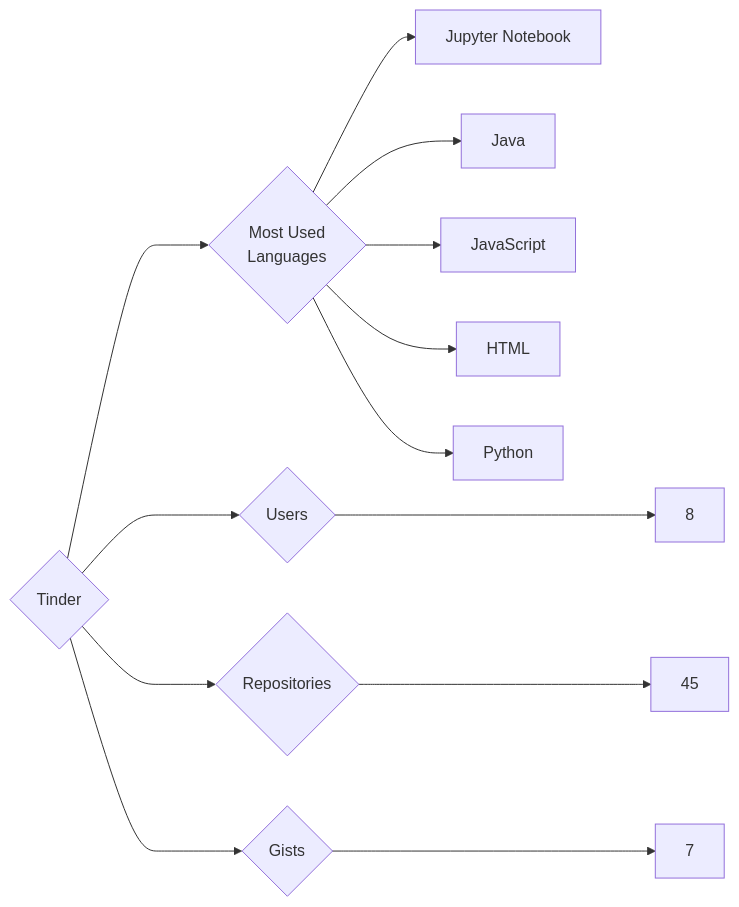
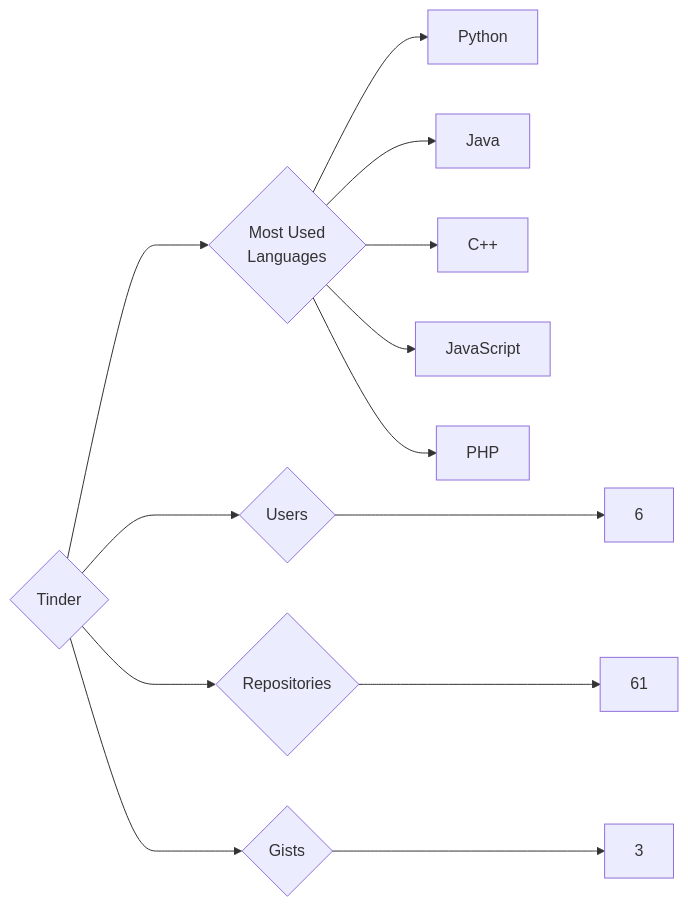
One commit to trickest/insiders changed the diagram in targets/Tinder/README.md. Above: the diagram before and after it, drawn with Mermaid. The commit also changed 1508 other files, not shown here.

````diff
--- a/targets/Tinder/README.md
+++ b/targets/Tinder/README.md
@@ -3,13 +3,13 @@
 ```mermaid
 graph LR
 COMPANY_NAME{Tinder}
-COMPANY_NAME ---> U{Users} ---> UN[8]
-COMPANY_NAME ---> R{Repositories} ---> RN[45]
-COMPANY_NAME ---> G{Gists} ---> GN[7]
+COMPANY_NAME ---> U{Users} ---> UN[6]
+COMPANY_NAME ---> R{Repositories} ---> RN[61]
+COMPANY_NAME ---> G{Gists} ---> GN[3]
 COMPANY_NAME ---> ML{Most Used<br>Languages}
-ML --> Jupyter_Notebook[Jupyter Notebook]
+ML --> Python[Python]
 ML --> Java[Java]
+ML --> C++[C++]
 ML --> JavaScript[JavaScript]
-ML --> HTML[HTML]
-ML --> Python[Python]
+ML --> PHP[PHP]
 ```
````
